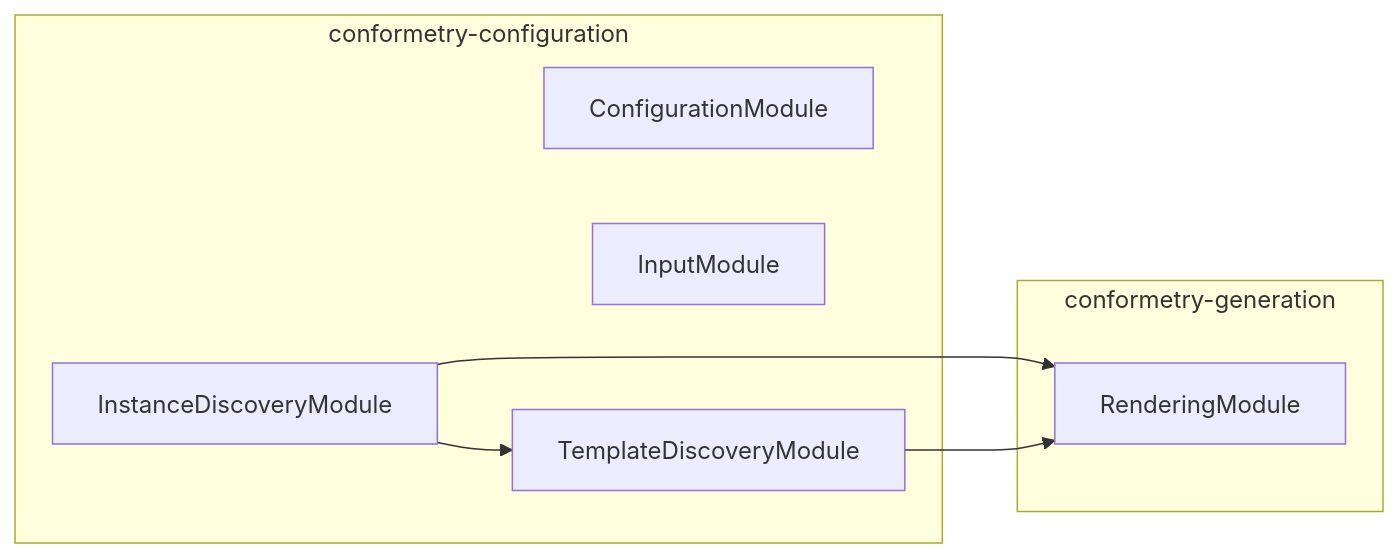
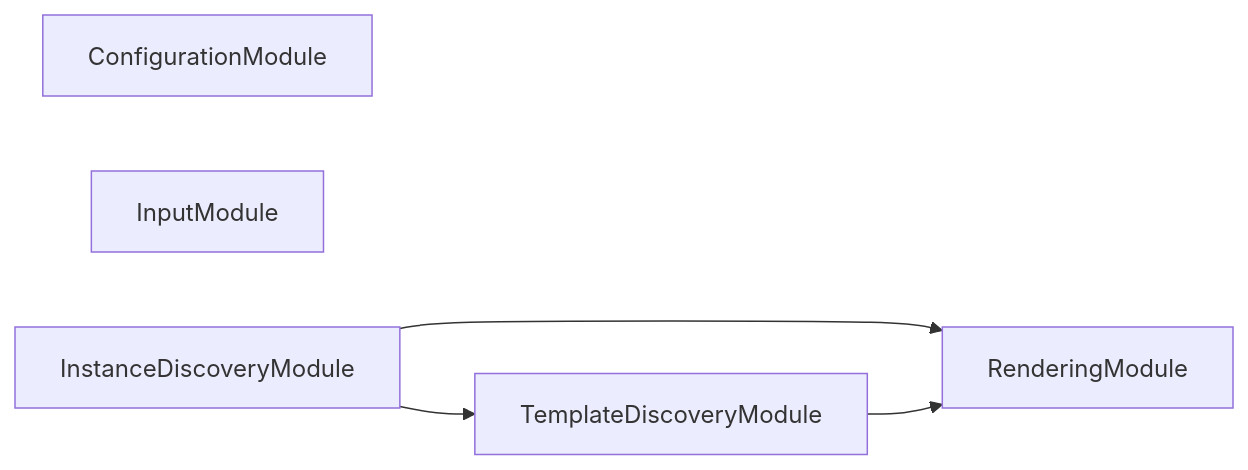
One commit to JimmyPaolini/codebase changed the second of 3 diagrams in packages/conformetry-configuration/README.md. Above: the diagram before and after it, drawn with Mermaid. The commit also changed other lines of this file and 241 other files, not shown here.

First line of the commit message:
feat(codependix,synchronization,deployments,documentation,codebase): ✨ add the codependix dependency-graph export suite (#335)

````diff
--- a/packages/conformetry-configuration/README.md
+++ b/packages/conformetry-configuration/README.md
@@ -262,15 +479,11 @@
 ```mermaid
 flowchart LR
-  subgraph group0["conformetry-configuration"]
-    ConfigurationModule
-    InputModule
-    InstanceDiscoveryModule
-    TemplateDiscoveryModule
-  end
-  subgraph group1["conformetry-generation"]
-    RenderingModule
-  end
+  ConfigurationModule
+  InputModule
+  InstanceDiscoveryModule
+  RenderingModule
+  TemplateDiscoveryModule
   InstanceDiscoveryModule --> RenderingModule
   InstanceDiscoveryModule --> TemplateDiscoveryModule
   TemplateDiscoveryModule --> RenderingModule
 ```
````
